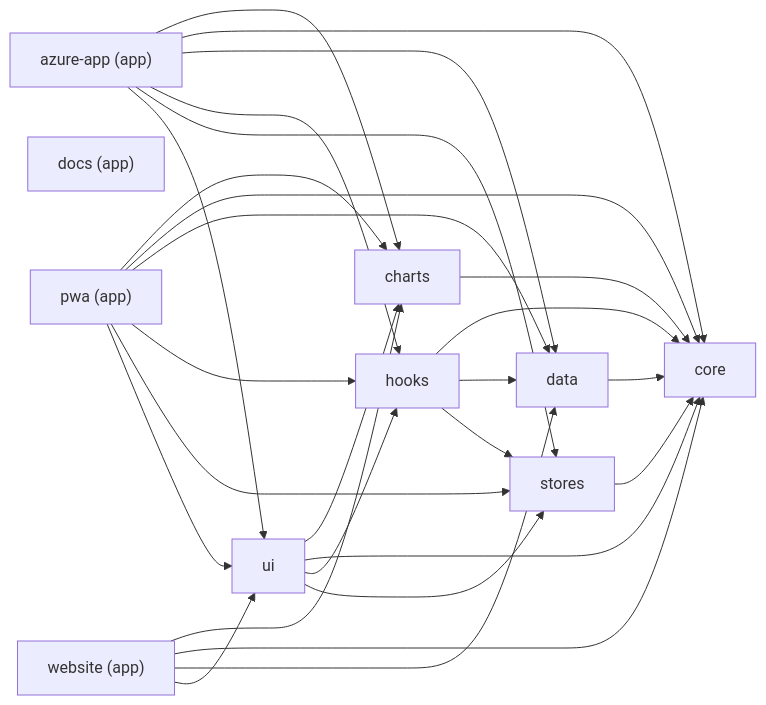
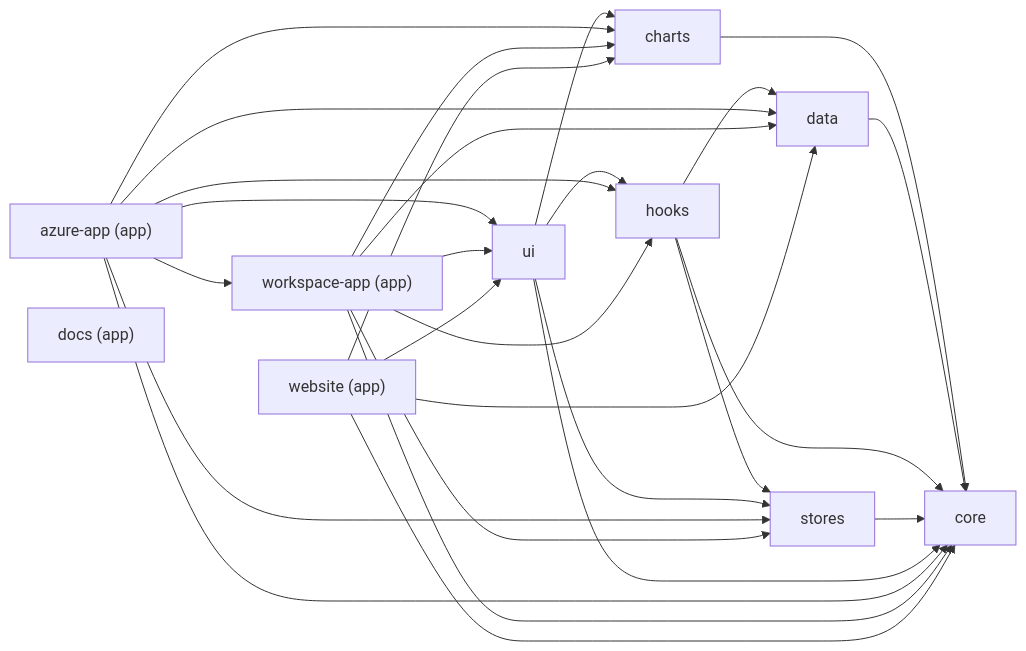
Before and after one commit to jukka-matti/variscout: the diagram in docs/05-technical/architecture-generated.md, drawn with Mermaid. The commit also changed other lines of this file and 13 other files, not shown here.

Commit message:
feat: converge workspace app builds

````diff
--- a/docs/05-technical/architecture-generated.md
+++ b/docs/05-technical/architecture-generated.md
@@ -23,40 +23,41 @@
 ```mermaid
 graph LR
   Charts["charts"]
   Core["core"]
   Data["data"]
   Hooks["hooks"]
   Stores["stores"]
   Ui["ui"]
   AzureApp["azure-app (app)"]
   Docs["docs (app)"]
-  Pwa["pwa (app)"]
+  WorkspaceApp["workspace-app (app)"]
   Website["website (app)"]
 
   Charts --> Core
   Data --> Core
   Hooks --> Core
   Hooks --> Data
   Hooks --> Stores
   Stores --> Core
   Ui --> Charts
   Ui --> Core
   Ui --> Hooks
   Ui --> Stores
   AzureApp --> Charts
   AzureApp --> Core
   AzureApp --> Data
   AzureApp --> Hooks
   AzureApp --> Stores
   AzureApp --> Ui
-  Pwa --> Charts
-  Pwa --> Core
-  Pwa --> Data
-  Pwa --> Hooks
-  Pwa --> Stores
-  Pwa --> Ui
+  AzureApp --> WorkspaceApp
+  WorkspaceApp --> Charts
+  WorkspaceApp --> Core
+  WorkspaceApp --> Data
+  WorkspaceApp --> Hooks
+  WorkspaceApp --> Stores
+  WorkspaceApp --> Ui
   Website --> Charts
   Website --> Core
   Website --> Data
   Website --> Ui
 ```
````
